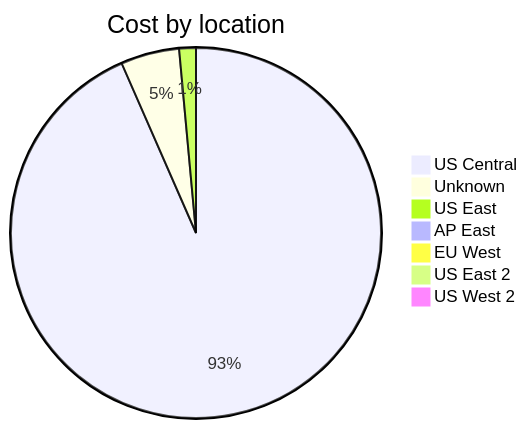
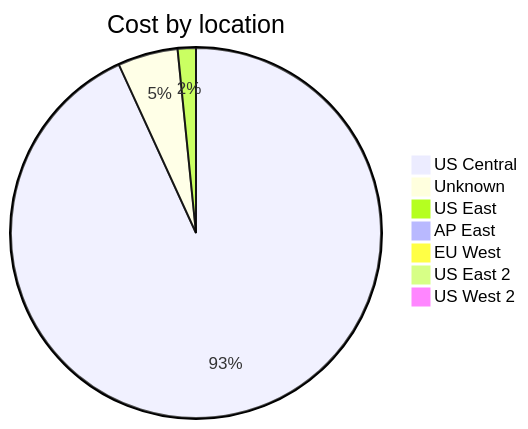
Before and after one commit to jpfulton/azure-personal-reports: the third of 4 diagrams in cost-reports/accumulated-cost.md, drawn with Mermaid. The commit also changed other lines of this file and 4 other files, not shown here.

````diff
--- a/cost-reports/accumulated-cost.md
+++ b/cost-reports/accumulated-cost.md
@@ -123,11 +123,11 @@
 ```mermaid
 pie
    title Cost by location
-   "US Central" : 5.12
-   "Unknown" : 0.28
-   "US East" : 0.08
+   "US Central" : 5.86
+   "Unknown" : 0.33
+   "US East" : 0.10
    "AP East" : 0.00
    "EU West" : 0.00
    "US East 2" : 0.00
    "US West 2" : 0.00
 ```
````
